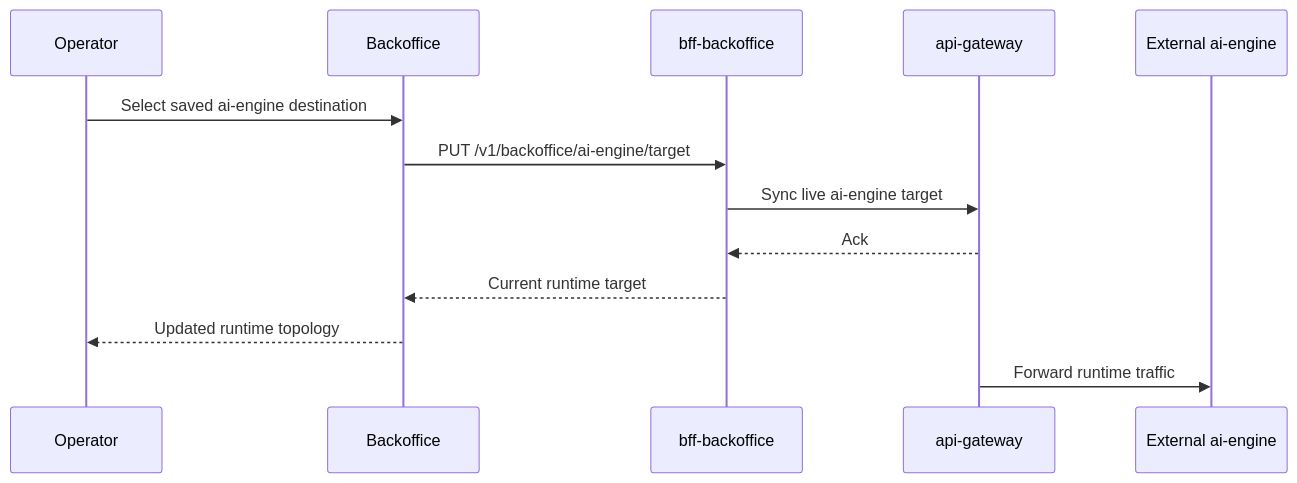
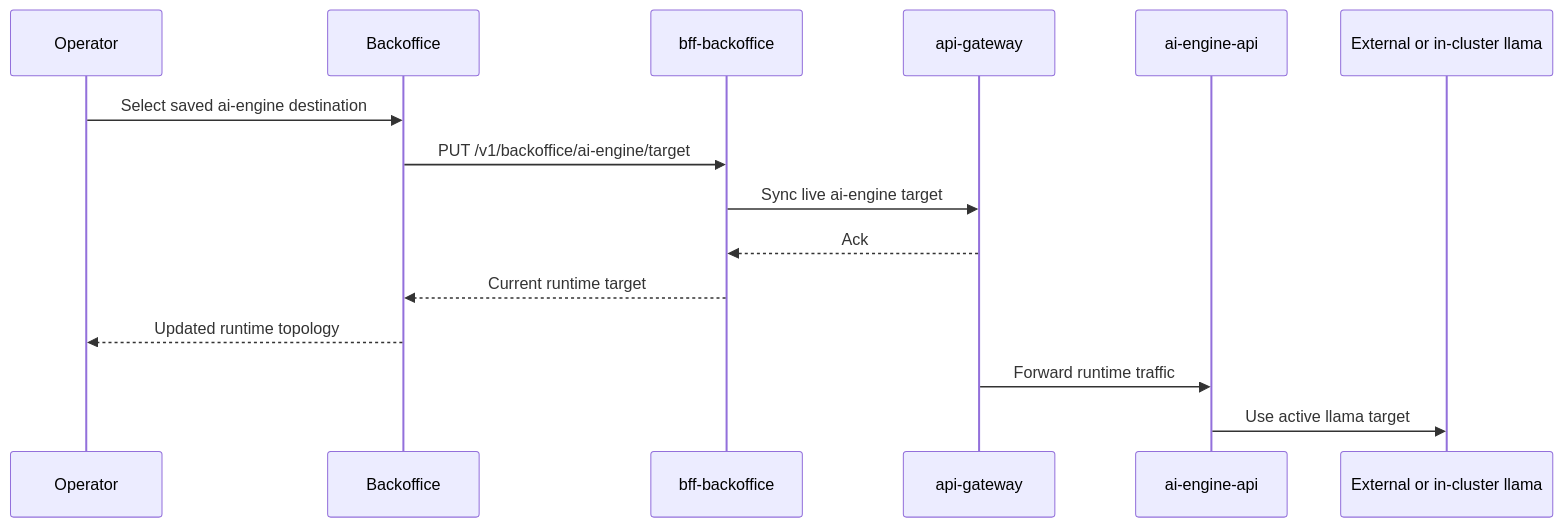
One commit to AxiomNode/docs changed the diagram in operations/runtime-routing-and-service-targeting.md. Above: the diagram before and after it, drawn with Mermaid. The commit also changed other lines of this file and 41 other files, not shown here.

Commit message:
docs(architecture): add use cases, C4 views, domain model, sequences, quality attrs, glossary and ADRs

````diff
--- a/operations/runtime-routing-and-service-targeting.md
+++ b/operations/runtime-routing-and-service-targeting.md
@@ -97,16 +124,18 @@
 ```mermaid
 sequenceDiagram
   participant Operator
   participant Backoffice
   participant BFF as bff-backoffice
   participant Gateway as api-gateway
-  participant AI as External ai-engine
+  participant API as ai-engine-api
+  participant Llama as External or in-cluster llama
 
   Operator->>Backoffice: Select saved ai-engine destination
   Backoffice->>BFF: PUT /v1/backoffice/ai-engine/target
   BFF->>Gateway: Sync live ai-engine target
   Gateway-->>BFF: Ack
   BFF-->>Backoffice: Current runtime target
   Backoffice-->>Operator: Updated runtime topology
-  Gateway->>AI: Forward runtime traffic
+  Gateway->>API: Forward runtime traffic
+  API->>Llama: Use active llama target
 ```
````
